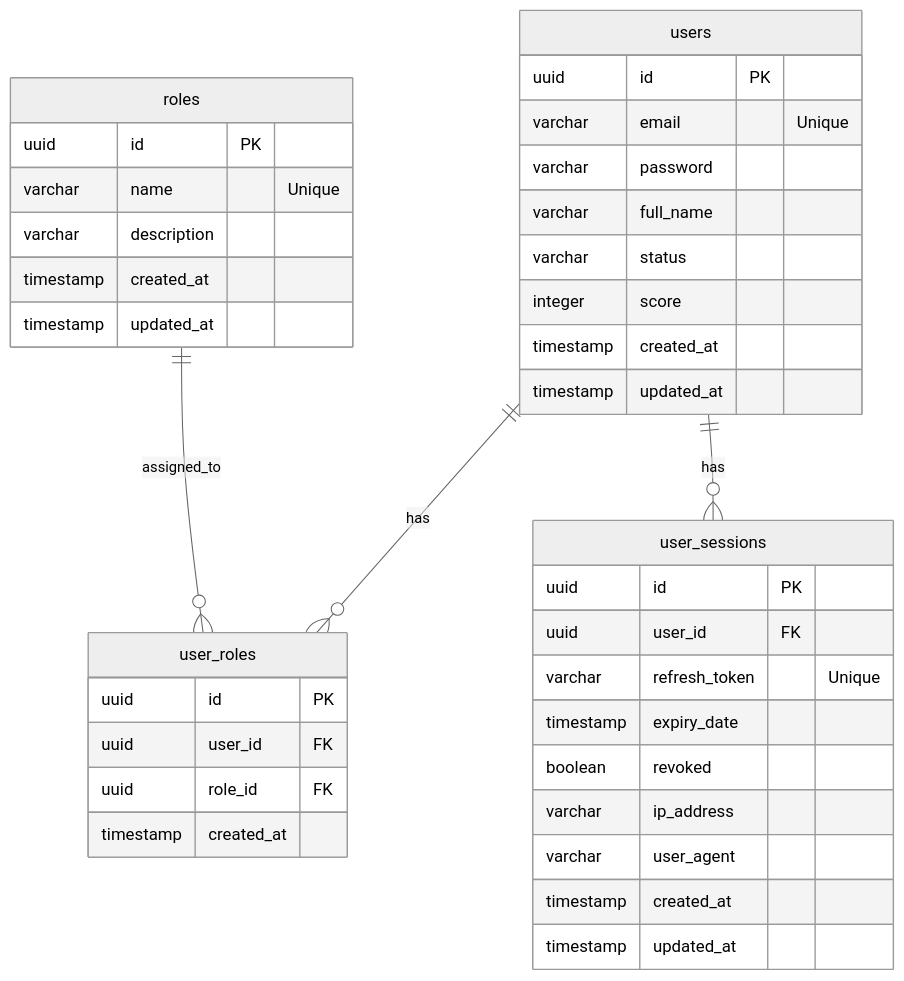
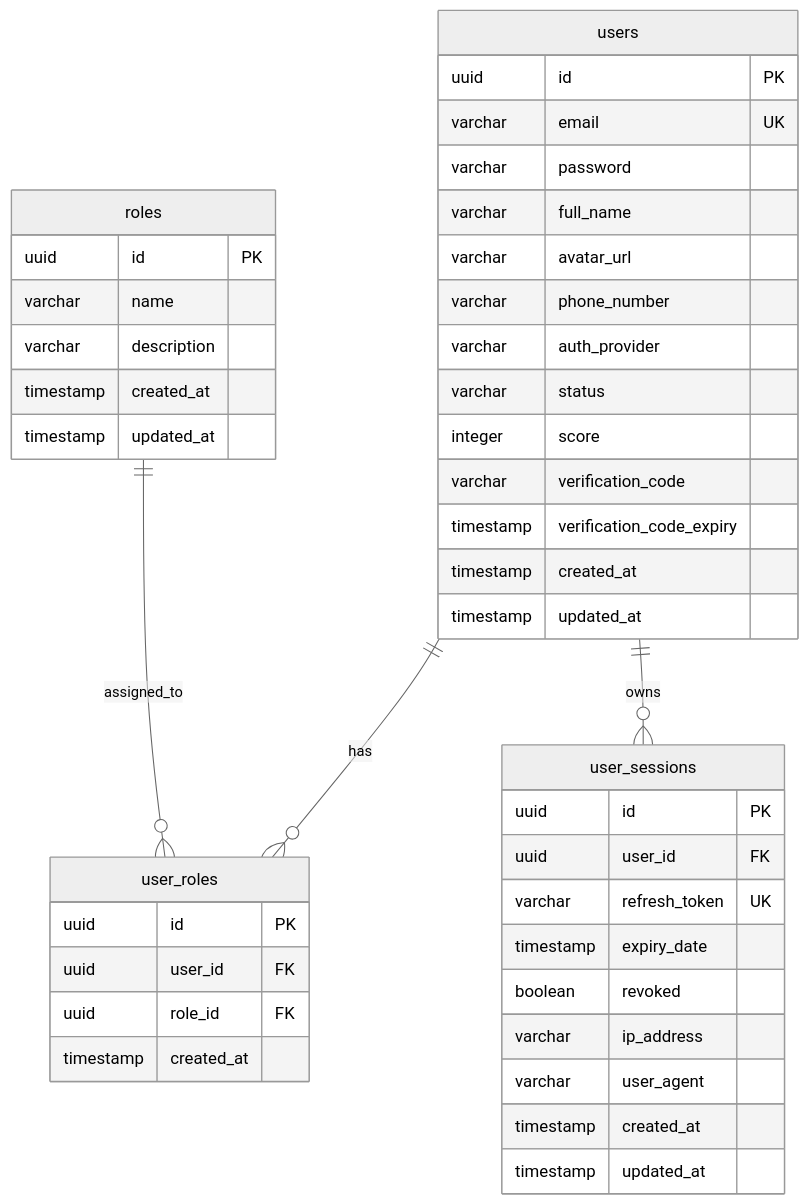
One commit to minhduyhodev/NasaFilm changed the first of 2 diagrams in docs/02_DATABASE_DESIGN.md. Above: the diagram before and after it, drawn with Mermaid (neutral theme). The commit also changed other lines of this file and 9 other files, not shown here.

First line of the commit message:
feat(auth): enhance authentication flow with HTTP request context

````diff
--- a/docs/02_DATABASE_DESIGN.md
+++ b/docs/02_DATABASE_DESIGN.md
@@ -11,41 +47,49 @@
 ```mermaid
 erDiagram
     users {
         uuid id PK
-        varchar email "Unique"
+        varchar email UK
         varchar password
         varchar full_name
+        varchar avatar_url
+        varchar phone_number
+        varchar auth_provider
         varchar status
         integer score
+        varchar verification_code
+        timestamp verification_code_expiry
         timestamp created_at
         timestamp updated_at
     }
+
     roles {
         uuid id PK
-        varchar name "Unique"
+        varchar name
         varchar description
         timestamp created_at
         timestamp updated_at
     }
+
     user_roles {
         uuid id PK
         uuid user_id FK
         uuid role_id FK
         timestamp created_at
     }
+
     user_sessions {
         uuid id PK
         uuid user_id FK
-        varchar refresh_token "Unique"
+        varchar refresh_token UK
         timestamp expiry_date
         boolean revoked
         varchar ip_address
         varchar user_agent
         timestamp created_at
         timestamp updated_at
     }
 
-    users ||--o{ user_roles : "has"
-    roles ||--o{ user_roles : "assigned_to"
-    users ||--o{ user_sessions : "has"
+    users ||--o{ user_roles : has
+    roles ||--o{ user_roles : assigned_to
+    users ||--o{ user_sessions : owns
 ```
````
